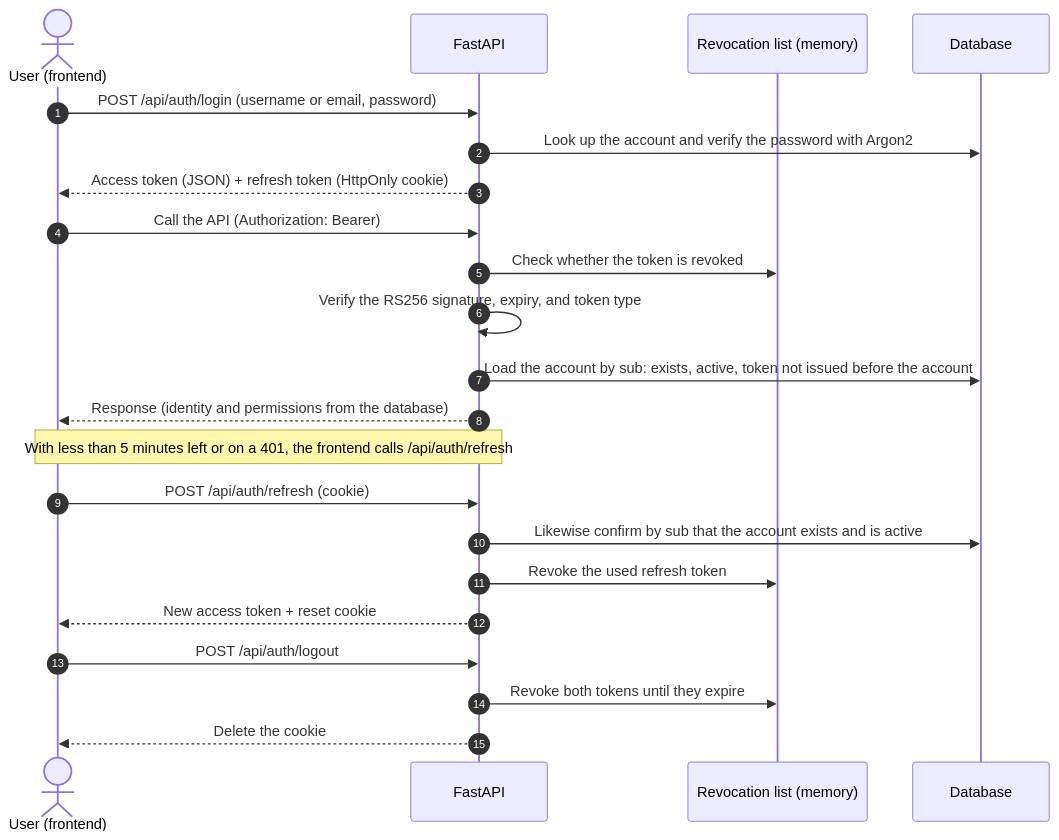
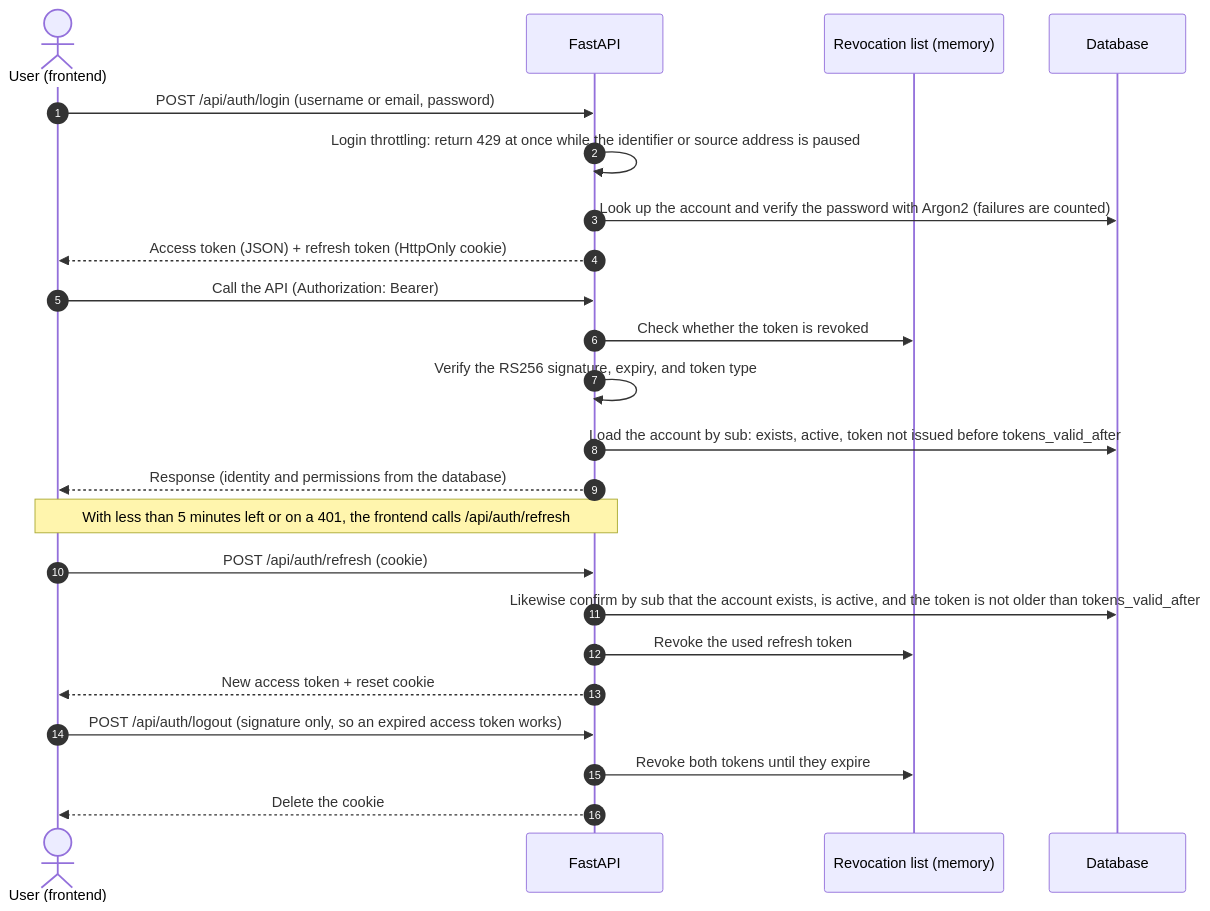
Before and after one commit to Scorpio-meow/AskMiao: the eighth of 9 diagrams in docs/architecture_en.md, drawn with Mermaid. The commit also changed other lines of this file and 11 other files, not shown here.

````diff
--- a/docs/architecture_en.md
+++ b/docs/architecture_en.md
@@ -484,25 +491,26 @@
 ```mermaid
 sequenceDiagram
     autonumber
     actor User as User (frontend)
     participant API as FastAPI
     participant BL as Revocation list (memory)
     participant DB as Database
 
     User->>API: POST /api/auth/login (username or email, password)
-    API->>DB: Look up the account and verify the password with Argon2
+    API->>API: Login throttling: return 429 at once while the identifier or source address is paused
+    API->>DB: Look up the account and verify the password with Argon2 (failures are counted)
     API-->>User: Access token (JSON) + refresh token (HttpOnly cookie)
     User->>API: Call the API (Authorization: Bearer)
     API->>BL: Check whether the token is revoked
     API->>API: Verify the RS256 signature, expiry, and token type
-    API->>DB: Load the account by sub: exists, active, token not issued before the account
+    API->>DB: Load the account by sub: exists, active, token not issued before tokens_valid_after
     API-->>User: Response (identity and permissions from the database)
     Note over User,API: With less than 5 minutes left or on a 401, the frontend calls /api/auth/refresh
     User->>API: POST /api/auth/refresh (cookie)
-    API->>DB: Likewise confirm by sub that the account exists and is active
+    API->>DB: Likewise confirm by sub that the account exists, is active, and the token is not older than tokens_valid_after
     API->>BL: Revoke the used refresh token
     API-->>User: New access token + reset cookie
-    User->>API: POST /api/auth/logout
+    User->>API: POST /api/auth/logout (signature only, so an expired access token works)
     API->>BL: Revoke both tokens until they expire
     API-->>User: Delete the cookie
 ```
````
